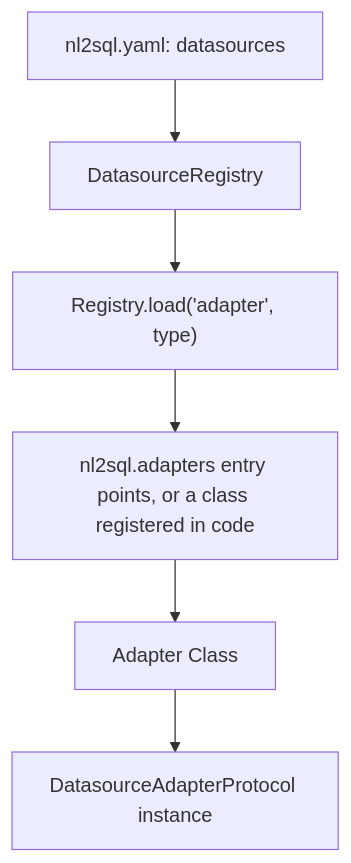
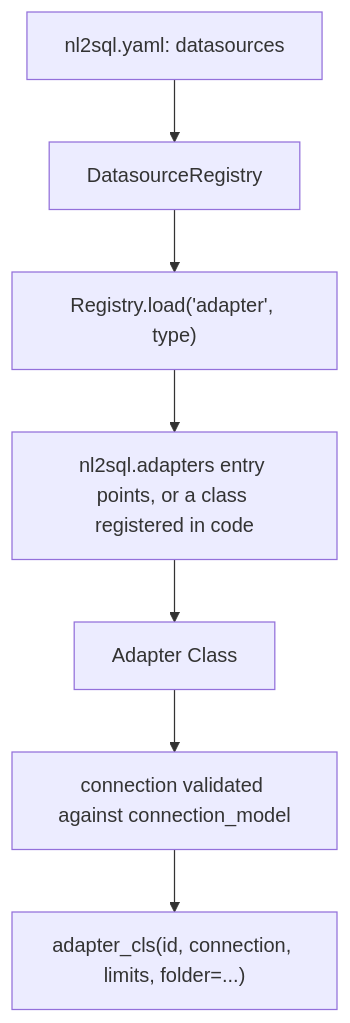
Before and after one commit to nadeem4/nl2sql: the first of 3 diagrams in docs/adapters/architecture.md, drawn with Mermaid. The commit also changed other lines of this file and 104 other files, not shown here.

First line of the commit message:
feat(sdk): adapter SDK v2 contract, strict connection models and the index scope (B1) (#291)

````diff
--- a/docs/adapters/architecture.md
+++ b/docs/adapters/architecture.md
@@ -7,8 +7,9 @@
 ```mermaid
 flowchart TD
     Config["nl2sql.yaml: datasources"] --> Registry[DatasourceRegistry]
     Registry --> Lookup["Registry.load('adapter', type)"]
     Lookup --> EntryPoints["nl2sql.adapters entry points, or a class registered in code"]
     EntryPoints --> AdapterClass[Adapter Class]
-    AdapterClass --> AdapterInstance[DatasourceAdapterProtocol instance]
+    AdapterClass --> Validate["connection validated against connection_model"]
+    Validate --> AdapterInstance["adapter_cls(id, connection, limits, folder=...)"]
 ```
````
